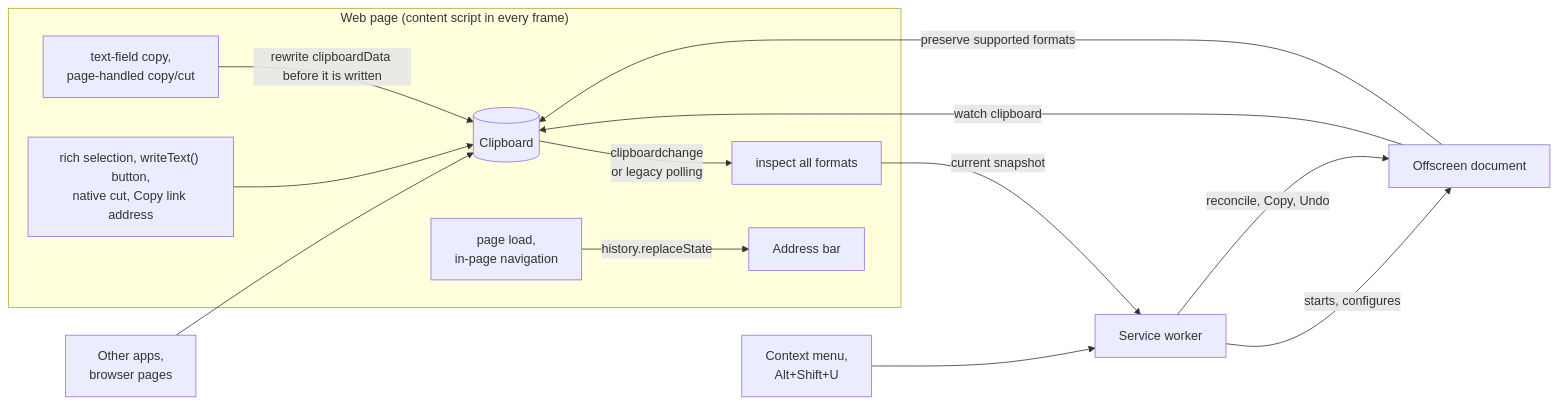
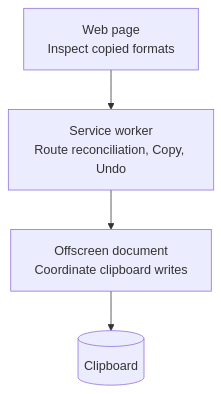
Before and after one commit to pszemraj/utm-randomizer: the diagram in README.md, drawn with Mermaid. The commit also changed other lines of this file and 1 other file, not shown here.

````diff
--- a/README.md
+++ b/README.md
@@ -69,16 +69,6 @@
 ```mermaid
-flowchart LR
-  subgraph page["Web page (content script in every frame)"]
-    copy["text-field copy,<br/>page-handled copy/cut"] -->|"rewrite clipboardData before it is written"| clip[("Clipboard")]
-    other["rich selection, writeText() button,<br/>native cut, Copy link address"] --> clip
-    clip -->|"clipboardchange<br/>or legacy polling"| fix["inspect all formats"]
-    load["page load,<br/>in-page navigation"] -->|"history.replaceState"| bar["Address bar"]
-  end
-  apps["Other apps,<br/>browser pages"] --> clip
-  worker["Service worker"] -->|"starts, configures"| offscreen["Offscreen document"]
-  offscreen -->|"watch clipboard"| clip
-  fix -->|"current snapshot"| worker
-  worker -->|"reconcile, Copy, Undo"| offscreen
-  offscreen -->|"preserve supported formats"| clip
-  menu["Context menu,<br/>Alt+Shift+U"] --> worker
+flowchart TD
+  page["Web page<br/>Inspect copied formats"] --> worker["Service worker<br/>Route reconciliation, Copy, Undo"]
+  worker --> writer["Offscreen document<br/>Coordinate clipboard writes"]
+  writer --> clipboard[("Clipboard")]
 ```
````
